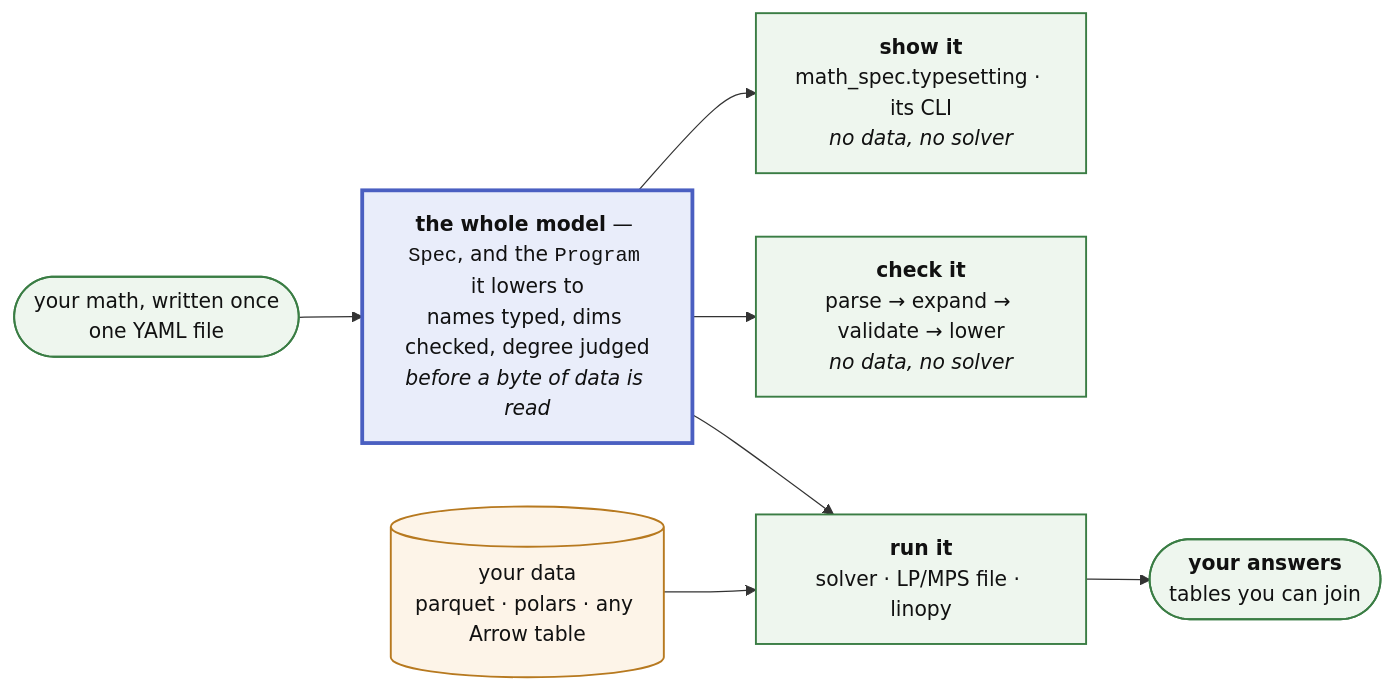
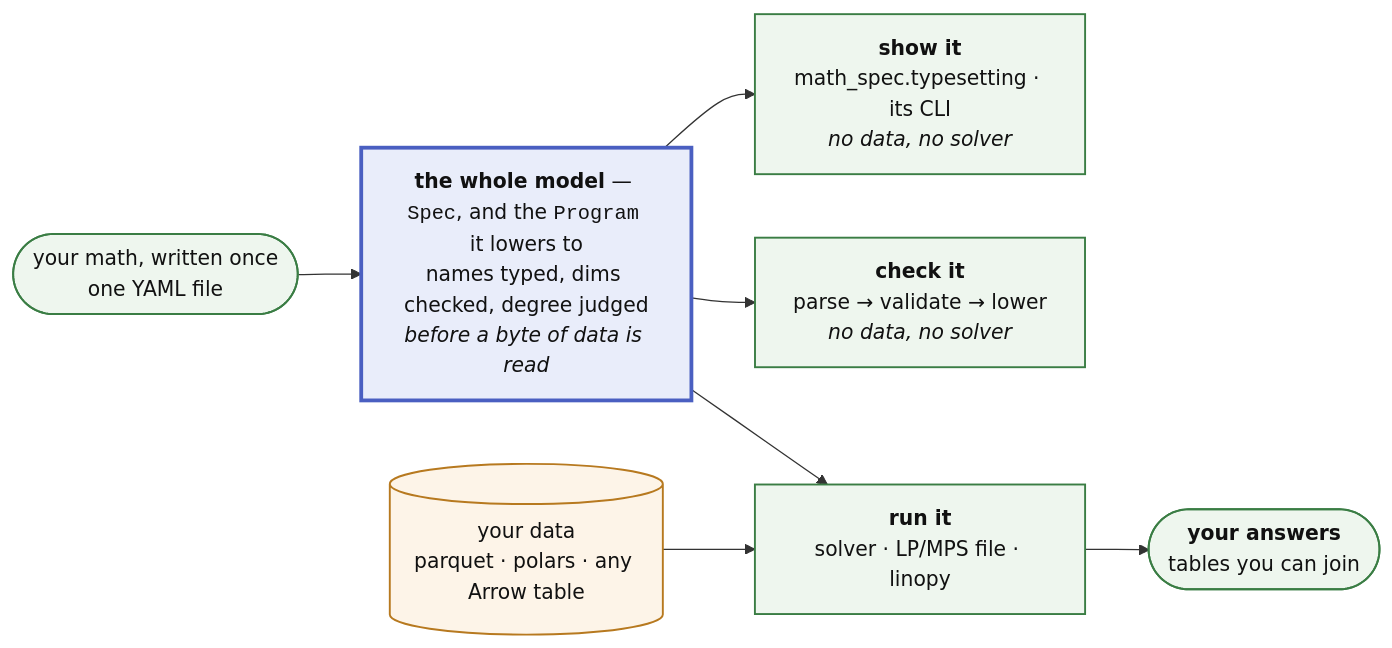
One commit to fluxopt/lpspec changed the second of 2 diagrams in docs/about/architecture.md. Above: the diagram before and after it, drawn with Mermaid. The commit also changed other lines of this file and 42 other files, not shown here.

````diff
--- a/docs/about/architecture.md
+++ b/docs/about/architecture.md
@@ -155,16 +155,16 @@
 ```mermaid
 flowchart LR
     Y(["your math, written once<br/>one YAML file"]) --> AST
     AST["<b>the whole model</b> — <code>Spec</code>, and the <code>Program</code> it lowers to<br/>names typed, dims checked, degree judged<br/><i>before a byte of data is read</i>"]
     AST --> SHOW["<b>show it</b><br/>math_spec.typesetting · its CLI<br/><i>no data, no solver</i>"]
-    AST --> CHECK["<b>check it</b><br/>parse → expand → validate → lower<br/><i>no data, no solver</i>"]
+    AST --> CHECK["<b>check it</b><br/>parse → validate → lower<br/><i>no data, no solver</i>"]
     AST --> RUN["<b>run it</b><br/>solver · LP/MPS file · linopy"]
     DATA[("your data<br/>parquet · polars · any Arrow table")] --> RUN
     RUN --> ANS(["<b>your answers</b><br/>tables you can join"])
     classDef built fill:#eef6ee,stroke:#3a7d44,stroke-width:1.5px,color:#111
     classDef waist fill:#e9edfa,stroke:#4a5fc1,stroke-width:3px,color:#111
     classDef data fill:#fdf4e8,stroke:#b7791f,stroke-width:1.5px,color:#111
     class Y,SHOW,CHECK,RUN,ANS built
     class AST waist
     class DATA data
 ```
````
